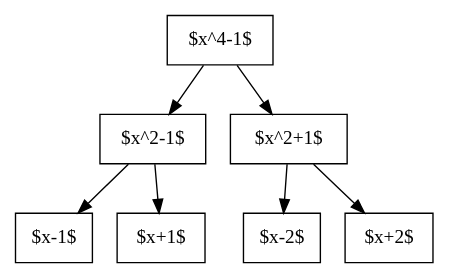
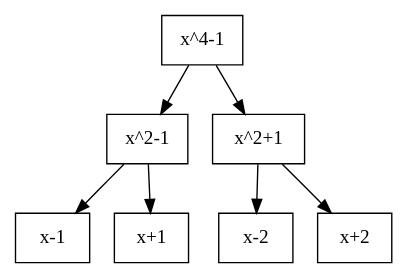
One commit to Tyzeppelin/hipsterPandoc changed the diagram in imcce2016/res/tree51.dot. Above: the diagram before and after it, drawn with Graphviz. The commit also changed 10 other files, not shown here.

Commit message:
fig updated & plus joli

```diff
--- a/imcce2016/res/tree51.dot
+++ b/imcce2016/res/tree51.dot
@@ -1,17 +1,17 @@
 digraph structs {
 node [shape=box];
-	struct1 [shape=box, label="$x^4-1$" ];
-	struct2 [shape=box, label="$x^2-1$"];
-	struct3 [shape=box, label="$x^2+1$"];
+	struct1 [shape=box, label="x^4-1" ];
+	struct2 [shape=box, label="x^2-1"];
+	struct3 [shape=box, label="x^2+1"];
 	struct1 -> struct2;
 	struct1 -> struct3;
-	struct4 [shape=box, label="$x-1$"];
-	struct5 [shape=box, label="$x+1$"];
+	struct4 [shape=box, label="x-1"];
+	struct5 [shape=box, label="x+1"];
 	struct2 -> struct4;
 	struct2 -> struct5;
-	struct6 [shape=box, label="$x-2$"];
-	struct7 [shape=box, label="$x+2$"];
+	struct6 [shape=box, label="x-2"];
+	struct7 [shape=box, label="x+2"];
 	struct3 -> struct6;
 	struct3 -> struct7;
 	
 }
```
